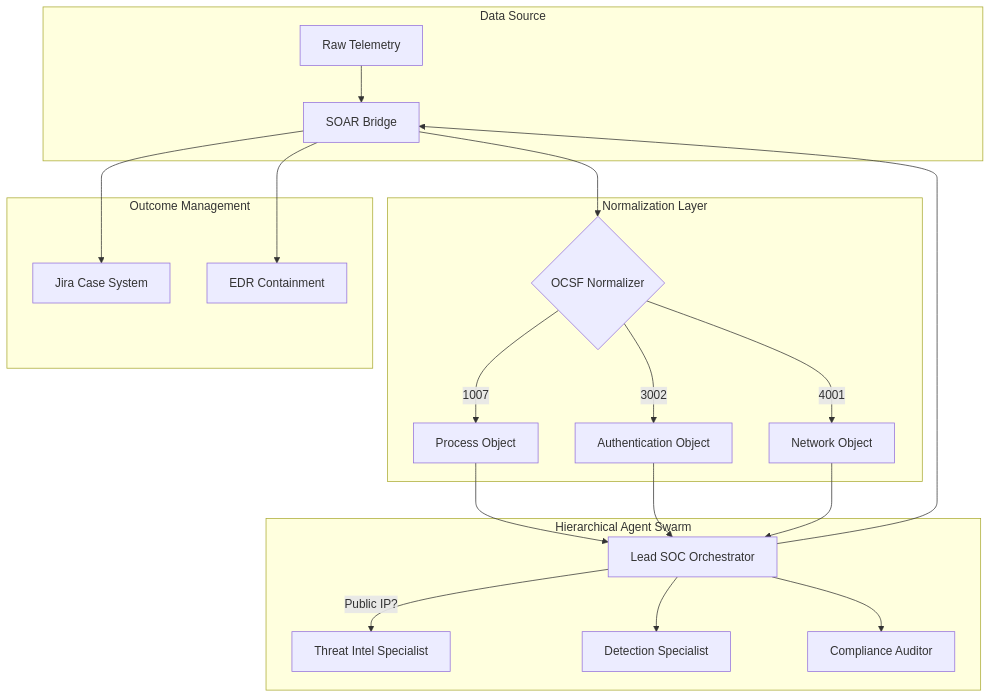
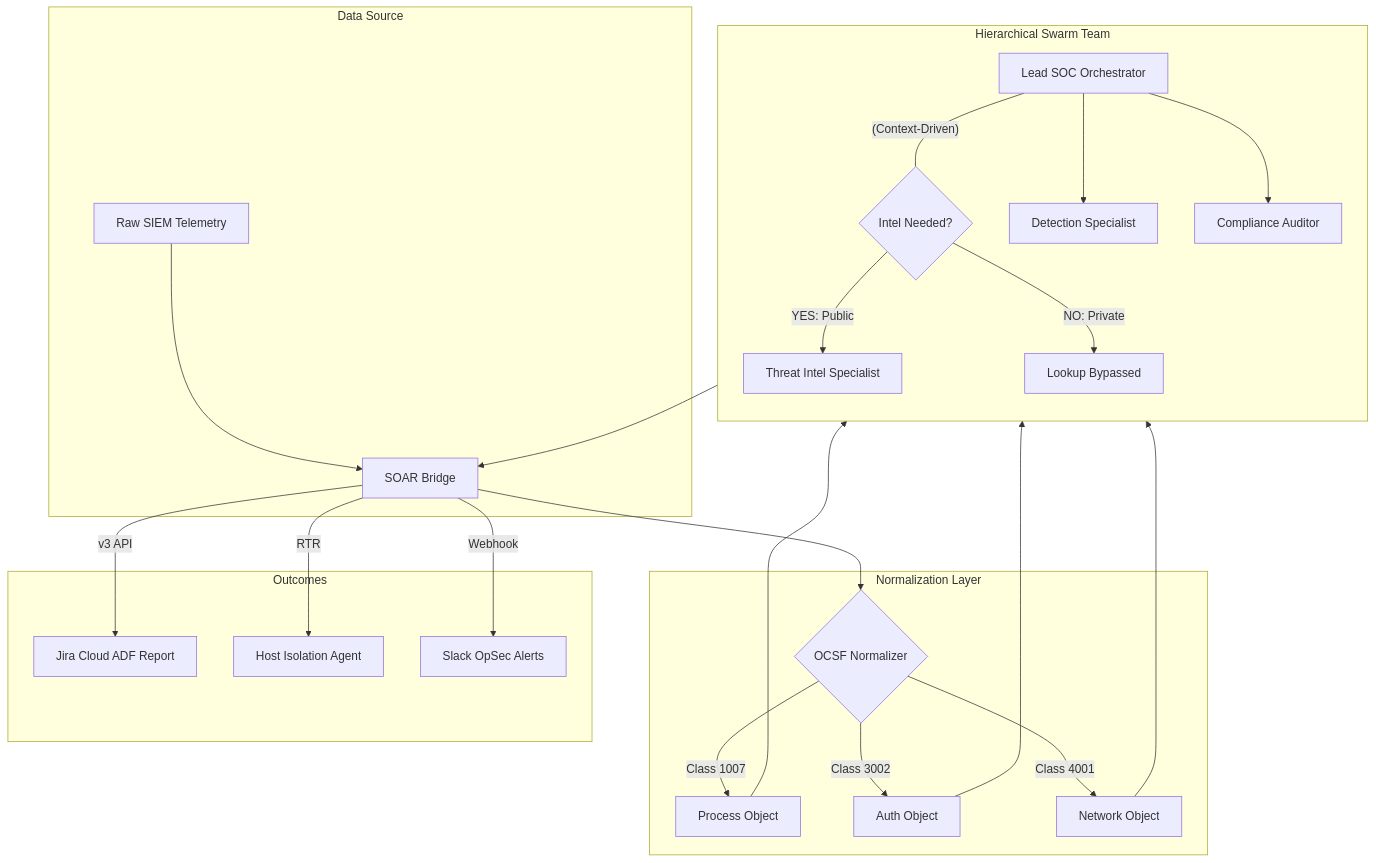
Before and after one commit to Naifnizami/NeoGrid-SOAR-Hub: the diagram in README.md, drawn with Mermaid. The commit also changed other lines of this file and 10 other files, not shown here.

Commit message:
🚀 PRODUCTION RELEASE: Master V3 Architecture. Implemented OCSF 1.7.0 Normalization and Context-Aware 'Boss Agent' Logic-Gate Orchestration. Validated with Real-World SIEM/Lab signals. Redacted PII for Compliance.

````diff
--- a/README.md
+++ b/README.md
@@ -175,26 +74,30 @@
 ```mermaid
 graph TD
     subgraph Data Source
-        A[Raw Telemetry] --> B[SOAR Bridge]
+        A[Raw SIEM Telemetry] --> B[SOAR Bridge]
     end
 
     subgraph Normalization Layer
         B --> C{OCSF Normalizer}
-        C -->|1007| P[Process Object]
-        C -->|3002| AU[Authentication Object]
-        C -->|4001| N[Network Object]
+        C -->|Class 1007| P[Process Object]
+        C -->|Class 3002| AU[Auth Object]
+        C -->|Class 4001| N[Network Object]
     end
 
-    subgraph Hierarchical Agent Swarm
+    subgraph Hierarchical Swarm Team
+        direction TB
         P & AU & N --> L[Lead SOC Orchestrator]
-        L -->|Public IP?| T[Threat Intel Specialist]
+        L -- "(Context-Driven)" --- Gate1{Intel Needed?}
+        Gate1 -->|YES: Public| T[Threat Intel Specialist]
+        Gate1 -->|NO: Private| SK[Lookup Bypassed]
         L --> D[Detection Specialist]
         L --> C2[Compliance Auditor]
     end
 
-    subgraph Outcome Management
+    subgraph Outcomes
         L --> B
-        B --> J[Jira Case System]
-        B --> E[EDR Containment]
+        B -->|v3 API| J[Jira Cloud ADF Report]
+        B -->|RTR| E[Host Isolation Agent]
+        B -->|Webhook| S[Slack OpSec Alerts]
     end
 ```
````
